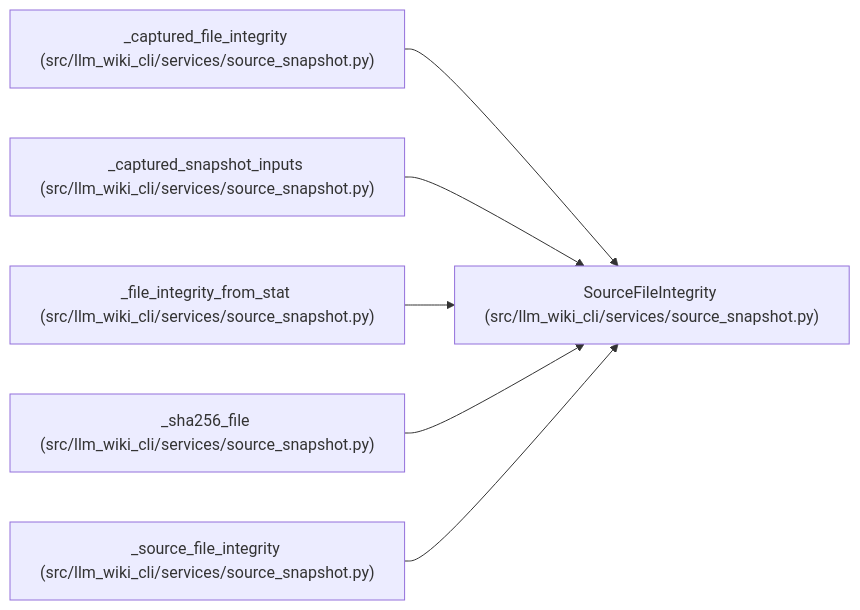
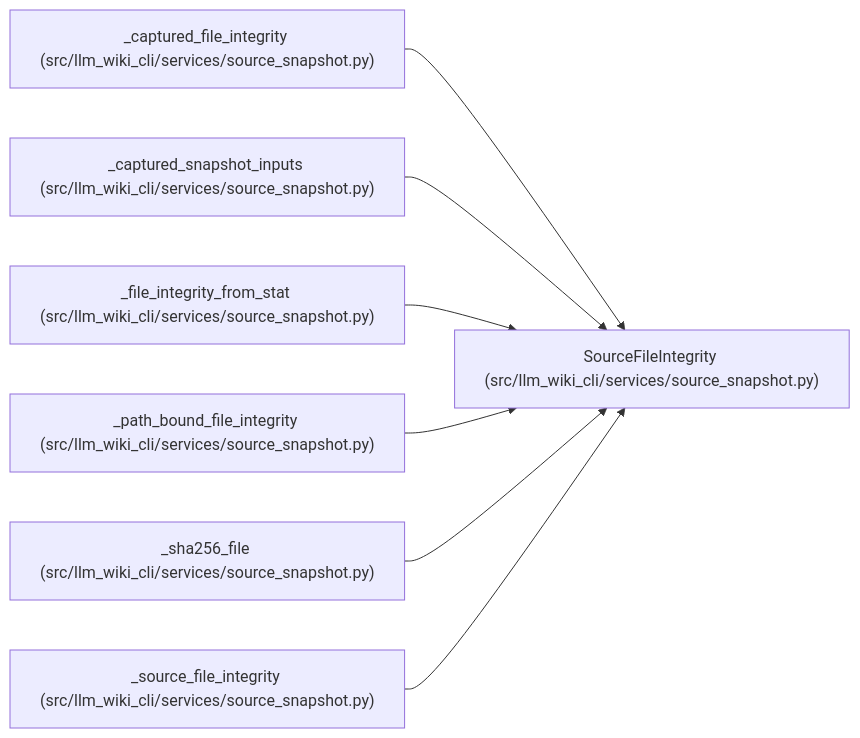
The diagram in docs/llm_wiki/entities/SourceFileIntegrity.md (Denissvgn/python-wiki-llm), drawn with Mermaid before and after one commit. The commit also changed other lines of this file and 195 other files, not shown here.

````diff
--- a/docs/llm_wiki/entities/SourceFileIntegrity.md
+++ b/docs/llm_wiki/entities/SourceFileIntegrity.md
@@ -32,20 +32,23 @@
 ```mermaid
 flowchart LR
     n0["SourceFileIntegrity (src/llm_wiki_cli/services/source_snapshot.py)"]
     n1["_captured_file_integrity (src/llm_wiki_cli/services/source_snapshot.py)"]
     n2["_captured_snapshot_inputs (src/llm_wiki_cli/services/source_snapshot.py)"]
     n3["_file_integrity_from_stat (src/llm_wiki_cli/services/source_snapshot.py)"]
-    n4["_sha256_file (src/llm_wiki_cli/services/source_snapshot.py)"]
-    n5["_source_file_integrity (src/llm_wiki_cli/services/source_snapshot.py)"]
+    n4["_path_bound_file_integrity (src/llm_wiki_cli/services/source_snapshot.py)"]
+    n5["_sha256_file (src/llm_wiki_cli/services/source_snapshot.py)"]
+    n6["_source_file_integrity (src/llm_wiki_cli/services/source_snapshot.py)"]
     n1 --> n0
     n2 --> n0
     n3 --> n0
     n4 --> n0
     n5 --> n0
+    n6 --> n0
     click n0 "../modules/source_snapshot.md"
     click n1 "../modules/source_snapshot.md"
     click n2 "../modules/source_snapshot.md"
     click n3 "../modules/source_snapshot.md"
     click n4 "../modules/source_snapshot.md"
     click n5 "../modules/source_snapshot.md"
+    click n6 "../modules/source_snapshot.md"
 ```
````
